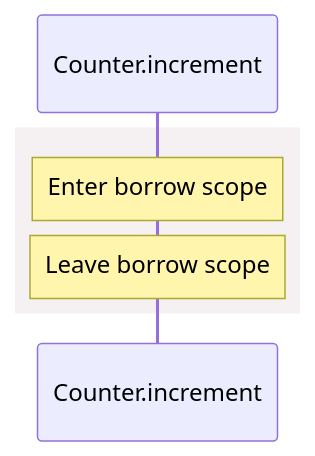
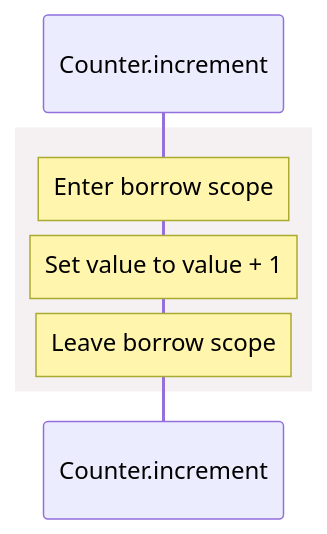
The second of 2 diagrams in docs/examples/ownership/counter-diagrams.md (GreenPandaStudios/augscript), drawn with Mermaid before and after one commit. The commit also changed 304 other files, not shown here.

Commit message:
Make generated data-flow sequences concise and review every diagram

````diff
--- a/docs/examples/ownership/counter-diagrams.md
+++ b/docs/examples/ownership/counter-diagrams.md
@@ -44,9 +44,10 @@
 ```mermaid
 sequenceDiagram
     participant p0 as Counter.increment
 
     rect rgb(245, 240, 241)
     Note over p0: Enter borrow scope
+    Note over p0: Set value to value + 1
     Note over p0: Leave borrow scope
     end
 ```
````
